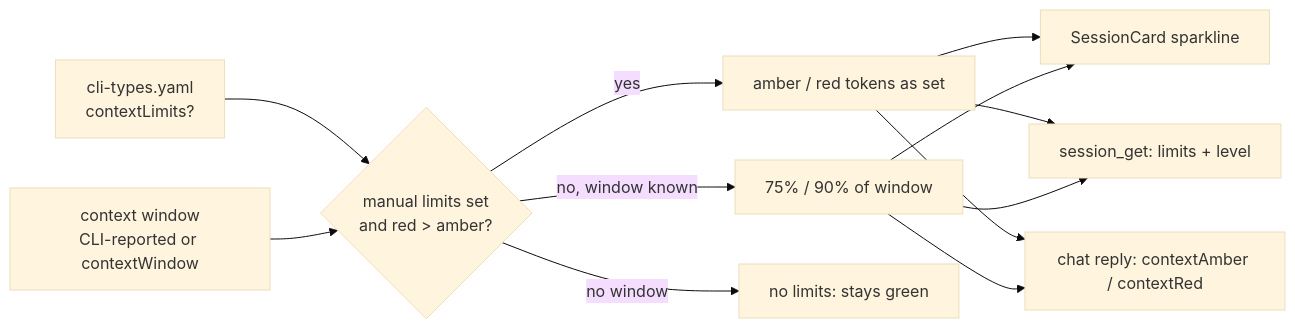
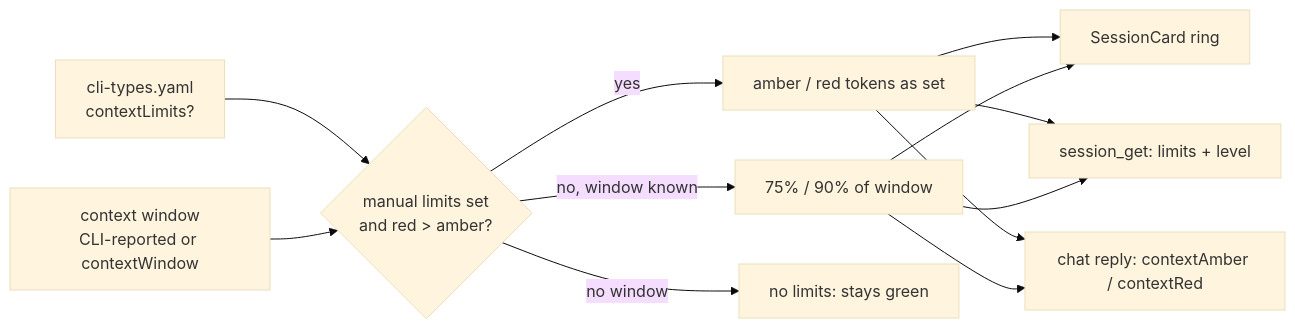
Before and after one commit to PetePeter/helm: the third of 3 diagrams in docs/session-list-previews.md, drawn with Mermaid (base theme). The commit also changed other lines of this file and 4 other files, not shown here.

````diff
--- a/docs/session-list-previews.md
+++ b/docs/session-list-previews.md
@@ -97,11 +97,11 @@
 ```mermaid
 graph LR
   Y[cli-types.yaml<br/>contextLimits?] --> R{manual limits set<br/>and red &gt; amber?}
   W[context window<br/>CLI-reported or contextWindow] --> R
   R -->|yes| M[amber / red tokens as set]
   R -->|no, window known| A[75% / 90% of window]
   R -->|no window| N[no limits: stays green]
-  M & A --> D[SessionCard sparkline]
+  M & A --> D[SessionCard ring]
   M & A --> G[session_get: limits + level]
   M & A --> P[chat reply: contextAmber / contextRed]
 ```
````
